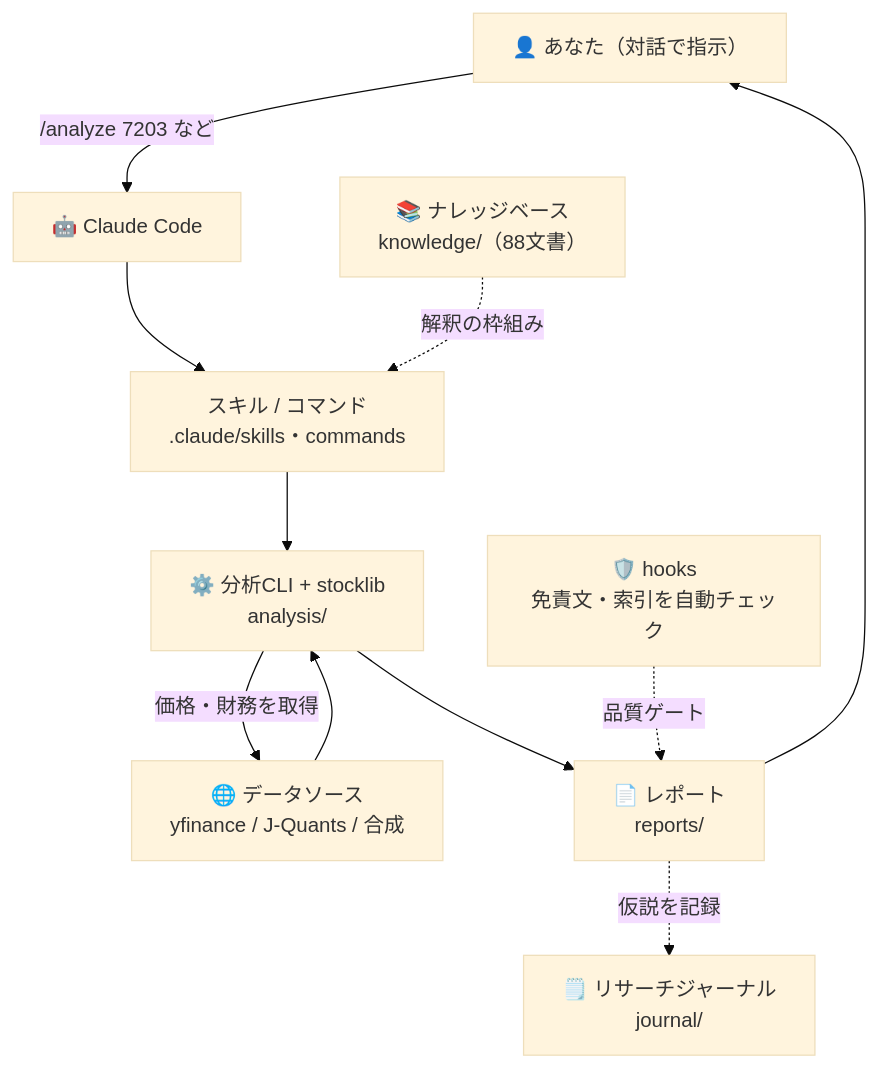
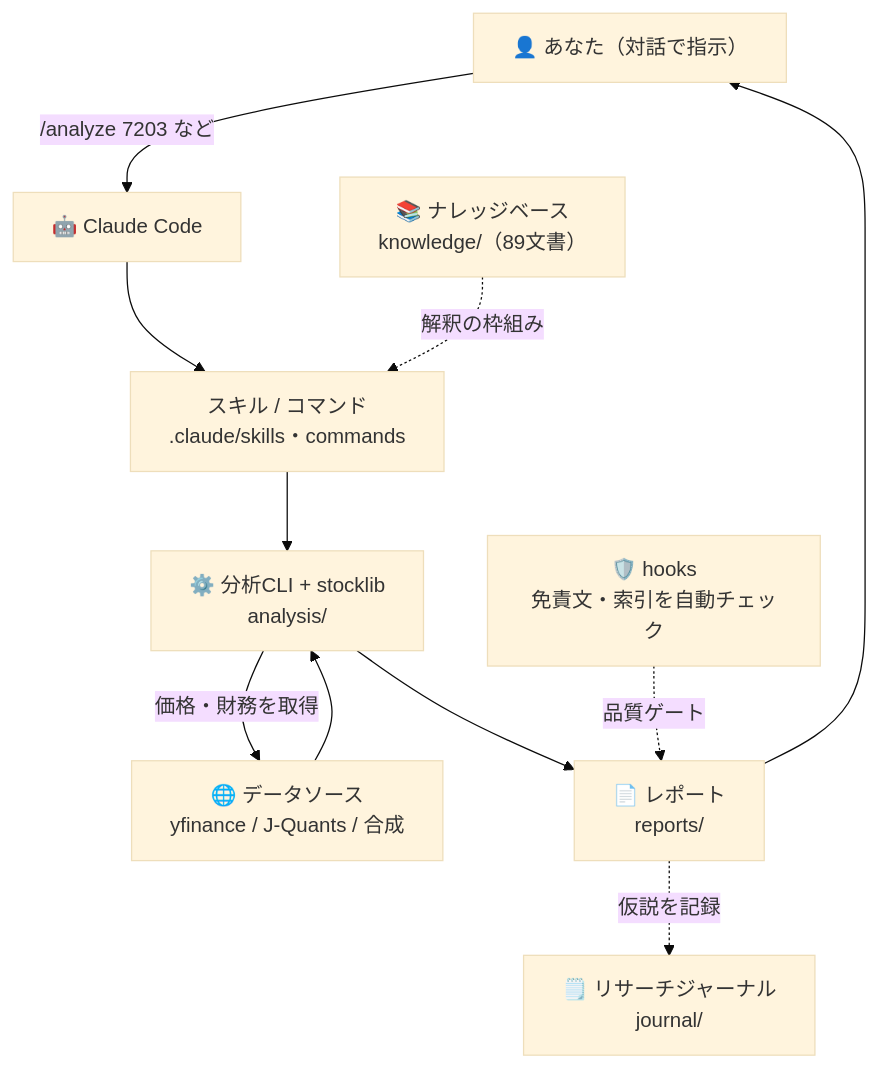
Before and after one commit to nigoh/stock_hacker: the first of 8 diagrams in README.md, drawn with Mermaid (base theme). The commit also changed other lines of this file and 13 other files, not shown here.

````diff
--- a/README.md
+++ b/README.md
@@ -59,13 +59,13 @@
 ```mermaid
 flowchart TD
     U["👤 あなた（対話で指示）"] -->|"/analyze 7203 など"| CC["🤖 Claude Code"]
     CC --> SK["スキル / コマンド<br/>.claude/skills・commands"]
     SK --> CLI["⚙️ 分析CLI + stocklib<br/>analysis/"]
-    KB["📚 ナレッジベース<br/>knowledge/（88文書）"] -.->|"解釈の枠組み"| SK
+    KB["📚 ナレッジベース<br/>knowledge/（89文書）"] -.->|"解釈の枠組み"| SK
     CLI -->|"価格・財務を取得"| DS["🌐 データソース<br/>yfinance / J-Quants / 合成"]
     DS --> CLI
     CLI --> RP["📄 レポート<br/>reports/"]
     RP -.->|"仮説を記録"| JN["🗒️ リサーチジャーナル<br/>journal/"]
     HK["🛡️ hooks<br/>免責文・索引を自動チェック"] -.->|"品質ゲート"| RP
     RP --> U
 ```
````
